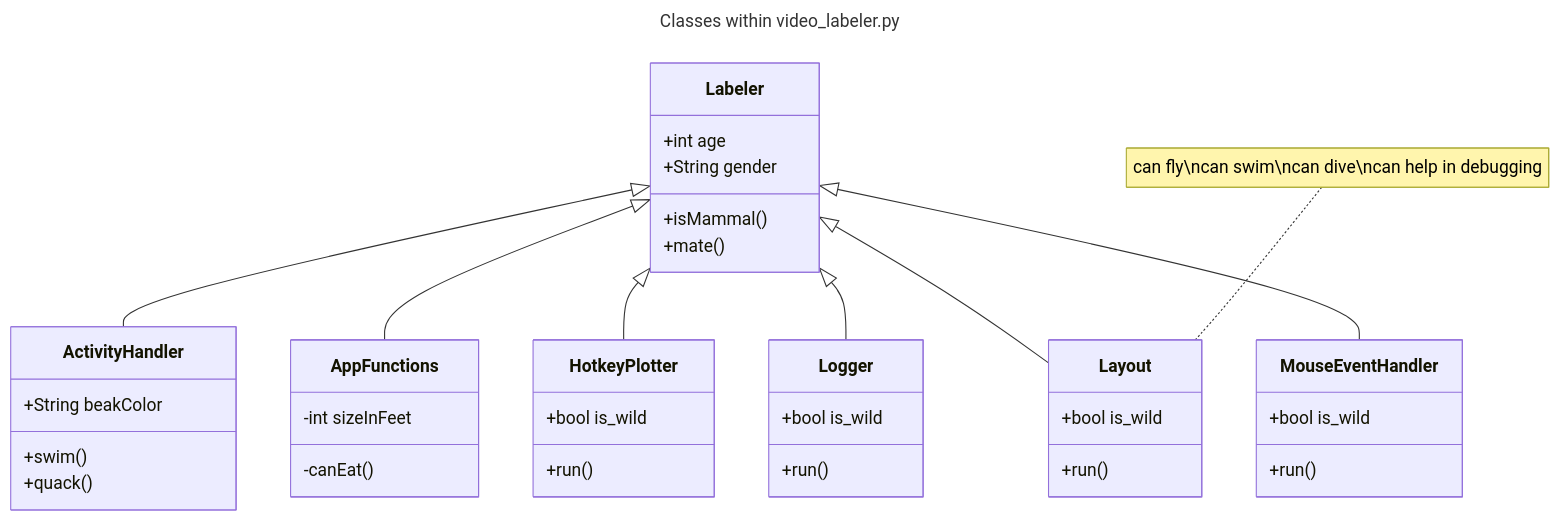
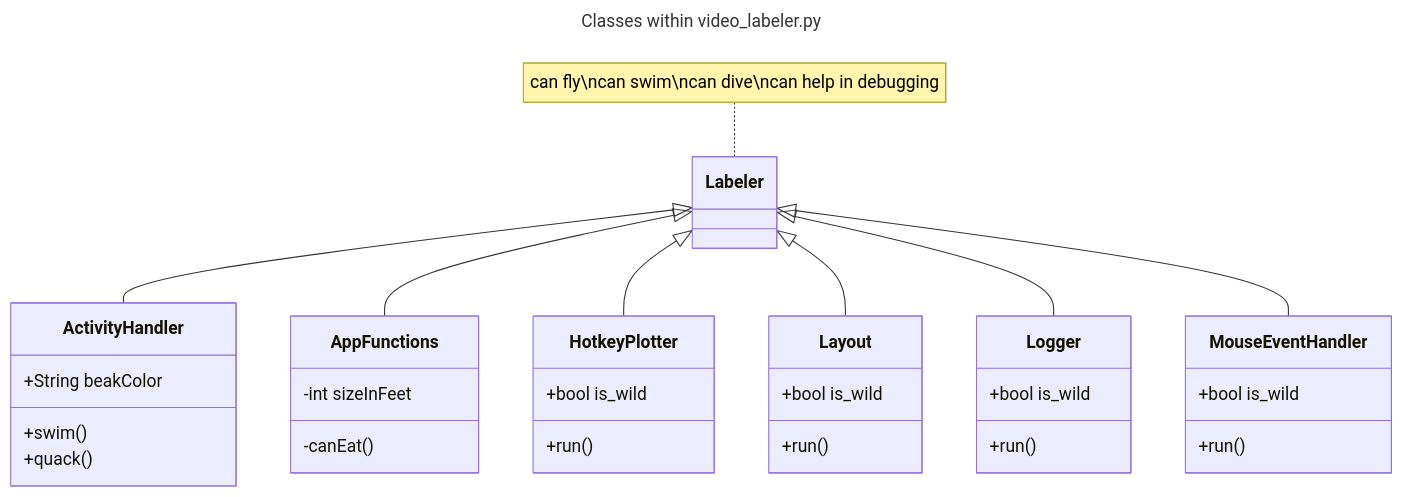
Before and after one commit to VitaliKStud/video-labeler: the diagram in README.md, drawn with Mermaid.

Commit message:
test-markdown

````diff
--- a/README.md
+++ b/README.md
@@ -50,42 +50,38 @@
 ```mermaid
 ---
 title: Classes within video_labeler.py
 ---
 classDiagram
     Labeler <|-- ActivityHandler
-    note for Layout "can fly\ncan swim\ncan dive\ncan help in debugging"
+    note for Labeler "can fly\ncan swim\ncan dive\ncan help in debugging"
     Labeler <|-- AppFunctions
     Labeler <|-- HotkeyPlotter
     Labeler <|-- Layout
     Labeler <|-- Logger
     Labeler <|-- MouseEventHandler
-    Labeler : +int age
-    Labeler : +String gender
-    Labeler: +isMammal()
-    Labeler: +mate()
     class ActivityHandler{
         +String beakColor
         +swim()
         +quack()
     }
     class AppFunctions{
         -int sizeInFeet
         -canEat()
     }
     class HotkeyPlotter{
         +bool is_wild
         +run()
     }
     class Layout{
         +bool is_wild
         +run()
     }
     class Logger{
         +bool is_wild
         +run()
     }
     class MouseEventHandler{
         +bool is_wild
         +run()
     }
 ```
````
